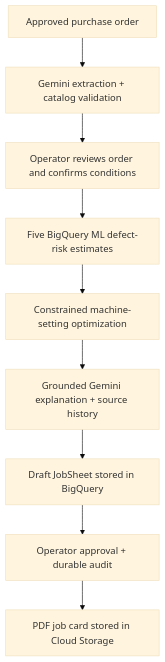
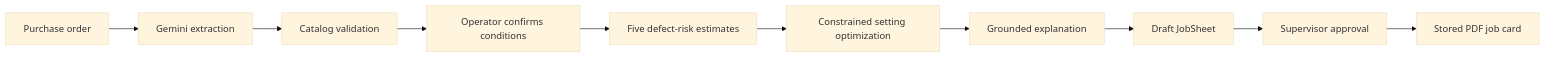
The diagram in README.md (SiddhantOswal/Momentum), drawn with Mermaid (base theme) before and after one commit. The commit also changed other lines of this file and 34 other files, not shown here.

````diff
--- a/README.md
+++ b/README.md
@@ -11,11 +9,12 @@
 ```mermaid
-flowchart TD
-    A[Approved purchase order] --> B[Gemini extraction + catalog validation]
-    B --> C[Operator reviews order and confirms conditions]
-    C --> D[Five BigQuery ML defect-risk estimates]
-    D --> E[Constrained machine-setting optimization]
-    E --> F[Grounded Gemini explanation + source history]
-    F --> G[Draft JobSheet stored in BigQuery]
-    G --> H[Operator approval + durable audit]
-    H --> I[PDF job card stored in Cloud Storage]
+flowchart LR
+    A[Purchase order] --> B[Gemini extraction]
+    B --> C[Catalog validation]
+    C --> D[Operator confirms conditions]
+    D --> E[Five defect-risk estimates]
+    E --> F[Constrained setting optimization]
+    F --> G[Grounded explanation]
+    G --> H[Draft JobSheet]
+    H --> I[Supervisor approval]
+    I --> J[Stored PDF job card]
 ```
````
